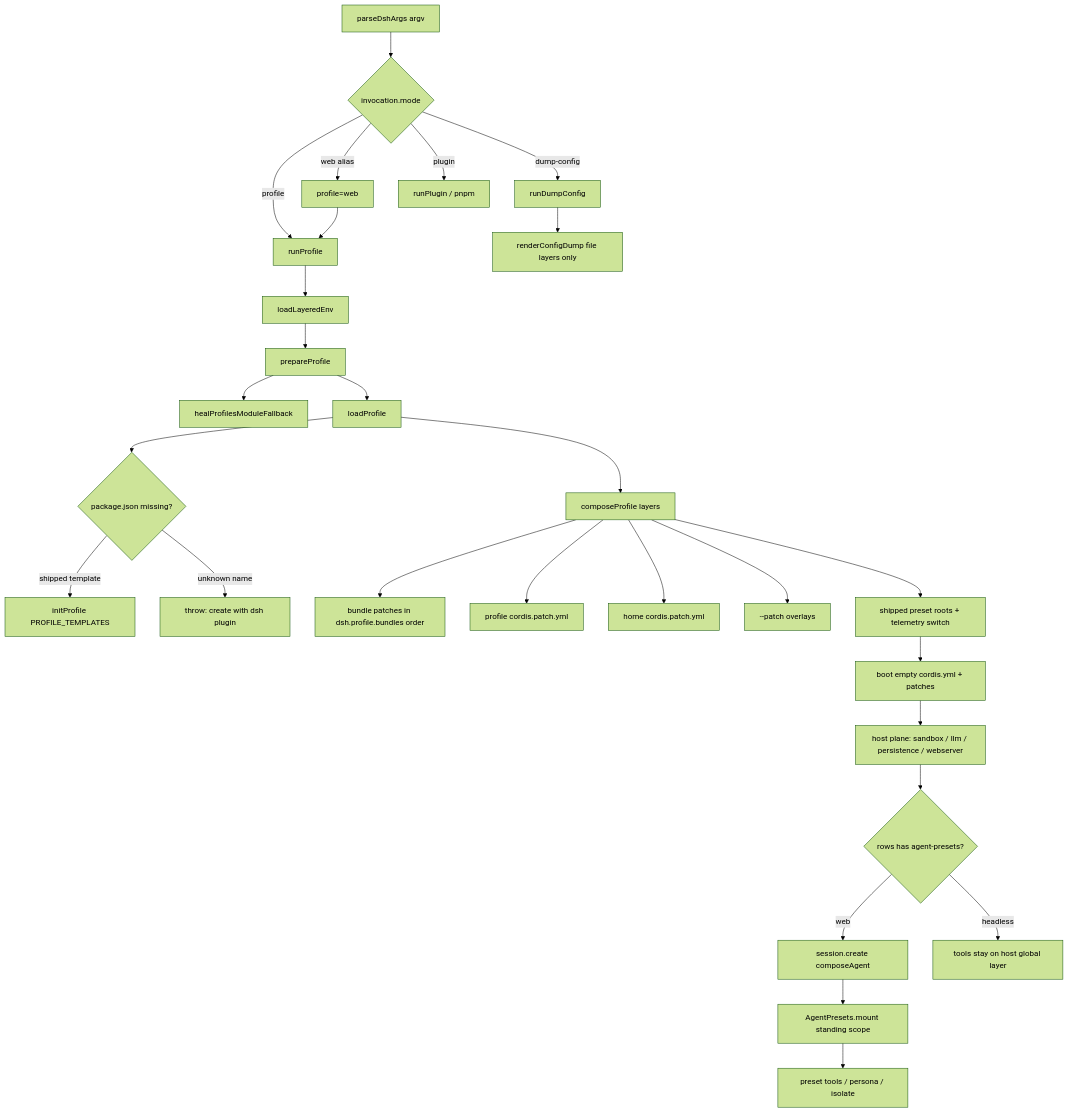
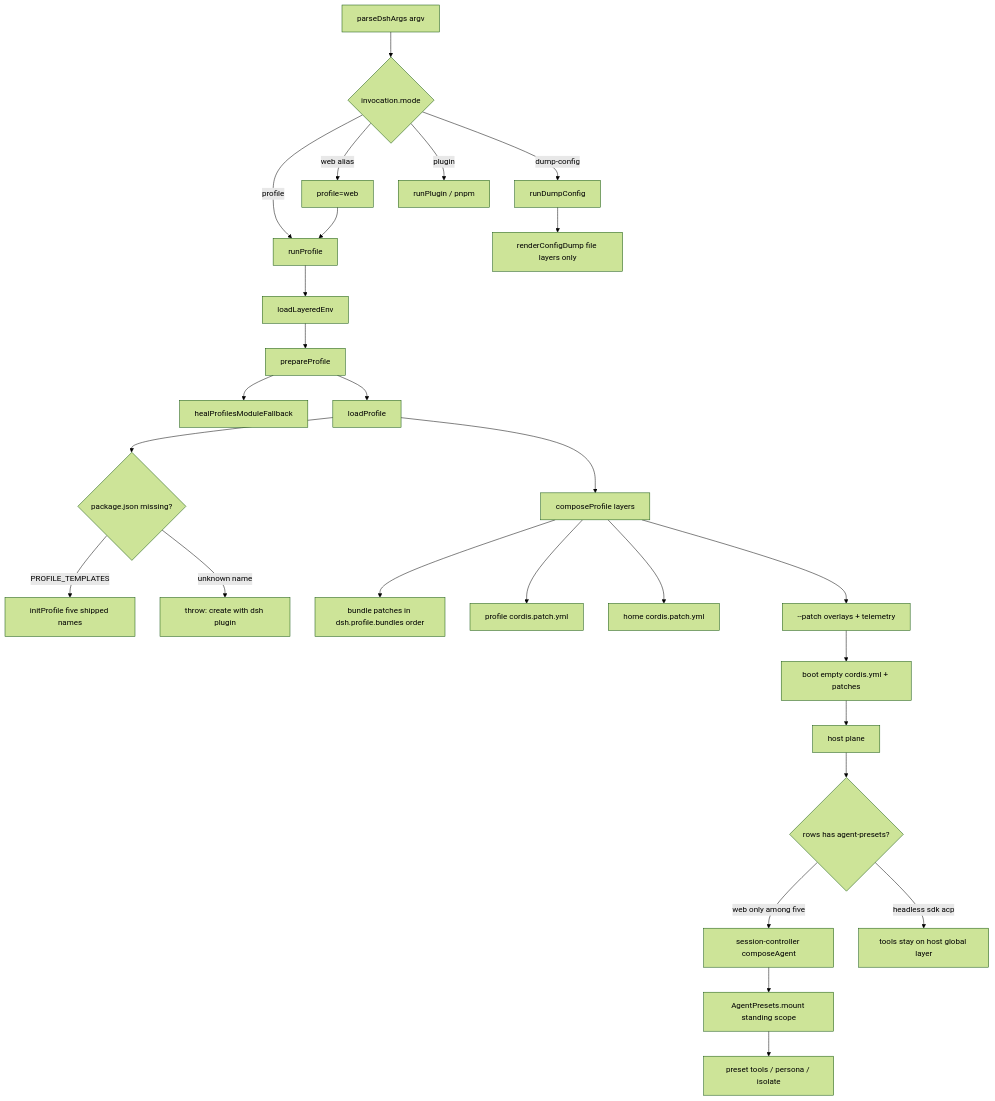
The diagram in docs/llm-wiki/deepseek-harness/spine/composition-boot.md (wdnmdtonyma/SOTA-Agent-LLM-Wiki), drawn with Mermaid (forest theme) before and after one commit. The commit also changed other lines of this file and 217 other files, not shown here.

````diff
--- a/docs/llm-wiki/deepseek-harness/spine/composition-boot.md
+++ b/docs/llm-wiki/deepseek-harness/spine/composition-boot.md
@@ -70,30 +77,29 @@
 ```mermaid
 flowchart TD
   Argv["parseDshArgs argv"] --> Mode{invocation.mode}
   Mode -->|web alias| Web["profile=web"]
   Mode -->|profile| Run["runProfile"]
   Mode -->|dump-config| Dump["runDumpConfig"]
   Mode -->|plugin| Plugin["runPlugin / pnpm"]
   Web --> Run
   Run --> Env["loadLayeredEnv"]
   Env --> Prep["prepareProfile"]
   Prep --> Heal["healProfilesModuleFallback"]
   Prep --> Load["loadProfile"]
   Load --> Init{"package.json missing?"}
-  Init -->|shipped template| Auto["initProfile PROFILE_TEMPLATES"]
+  Init -->|PROFILE_TEMPLATES| Auto["initProfile five shipped names"]
   Init -->|unknown name| Fail["throw: create with dsh plugin"]
   Load --> Stack["composeProfile layers"]
   Stack --> Bundles["bundle patches in dsh.profile.bundles order"]
   Stack --> User["profile cordis.patch.yml"]
   Stack --> Home["home cordis.patch.yml"]
-  Stack --> Flag["--patch overlays"]
-  Stack --> Extra["shipped preset roots + telemetry switch"]
-  Extra --> Boot["boot empty cordis.yml + patches"]
-  Boot --> Host["host plane: sandbox / llm / persistence / webserver"]
+  Stack --> Flag["--patch overlays + telemetry"]
+  Flag --> Boot["boot empty cordis.yml + patches"]
+  Boot --> Host["host plane"]
   Host --> Roster{"rows has agent-presets?"}
-  Roster -->|web| Session["session.create composeAgent"]
+  Roster -->|web only among five| Session["session-controller composeAgent"]
   Session --> Mount["AgentPresets.mount standing scope"]
   Mount --> AgentPlane["preset tools / persona / isolate"]
-  Roster -->|headless| Global["tools stay on host global layer"]
+  Roster -->|headless sdk acp| Global["tools stay on host global layer"]
   Dump --> FileLayers["renderConfigDump file layers only"]
 ```
````
